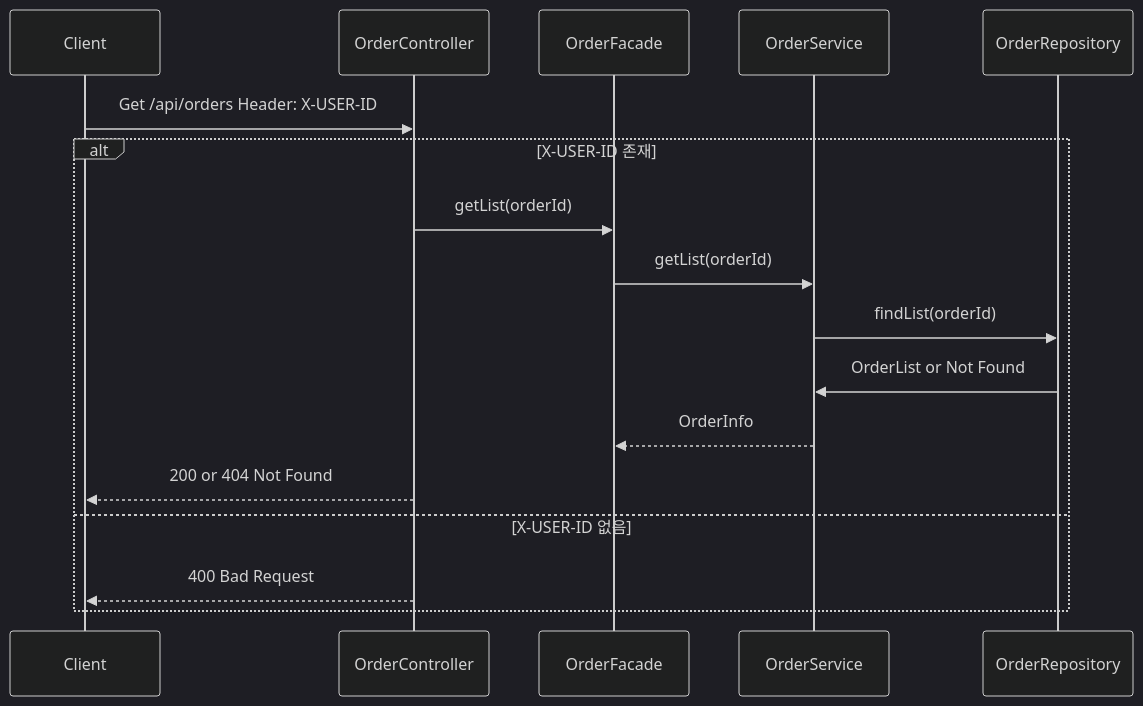
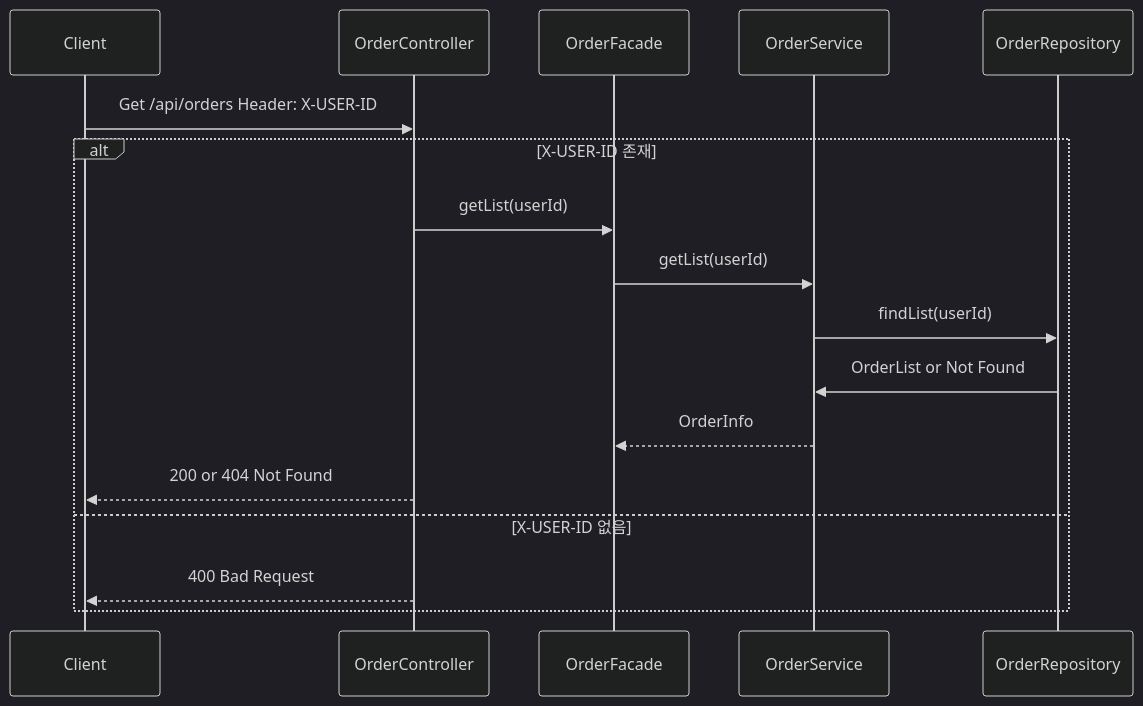
One commit to pmh5574/loopers-spring-java-template changed the ninth of 10 diagrams in docs/week2/002-sequence-diagrams.md. Above: the diagram before and after it, drawn with Mermaid (dark theme).

Commit message:
docs: 변수명 변경

````diff
--- a/docs/week2/002-sequence-diagrams.md
+++ b/docs/week2/002-sequence-diagrams.md
@@ -195,20 +195,20 @@
 ``` mermaid
 sequenceDiagram
 	participant Client
 	participant OrderController
 	participant OrderFacade 
 	participant OrderService
 	participant OrderRepository
 	
 	Client->>OrderController: Get /api/orders Header: X-USER-ID
         alt X-USER-ID 존재
-        OrderController->>OrderFacade: getList(orderId)
-        OrderFacade->>OrderService: getList(orderId)
-        OrderService->>OrderRepository: findList(orderId)
+        OrderController->>OrderFacade: getList(userId)
+        OrderFacade->>OrderService: getList(userId)
+        OrderService->>OrderRepository: findList(userId)
         OrderRepository->>OrderService: OrderList or Not Found
         OrderService-->>OrderFacade: OrderInfo
         OrderController-->>Client: 200 or 404 Not Found
     else X-USER-ID 없음
         OrderController-->>Client: 400 Bad Request
     end
 ```
````
